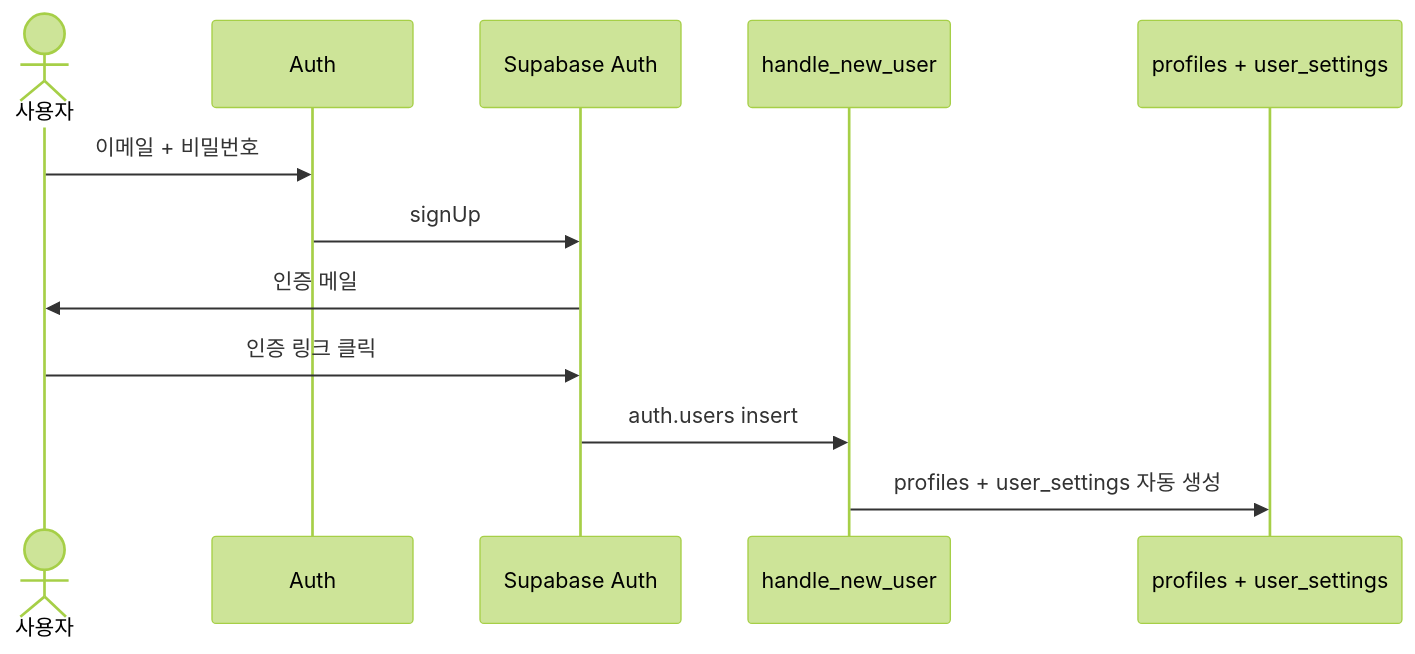
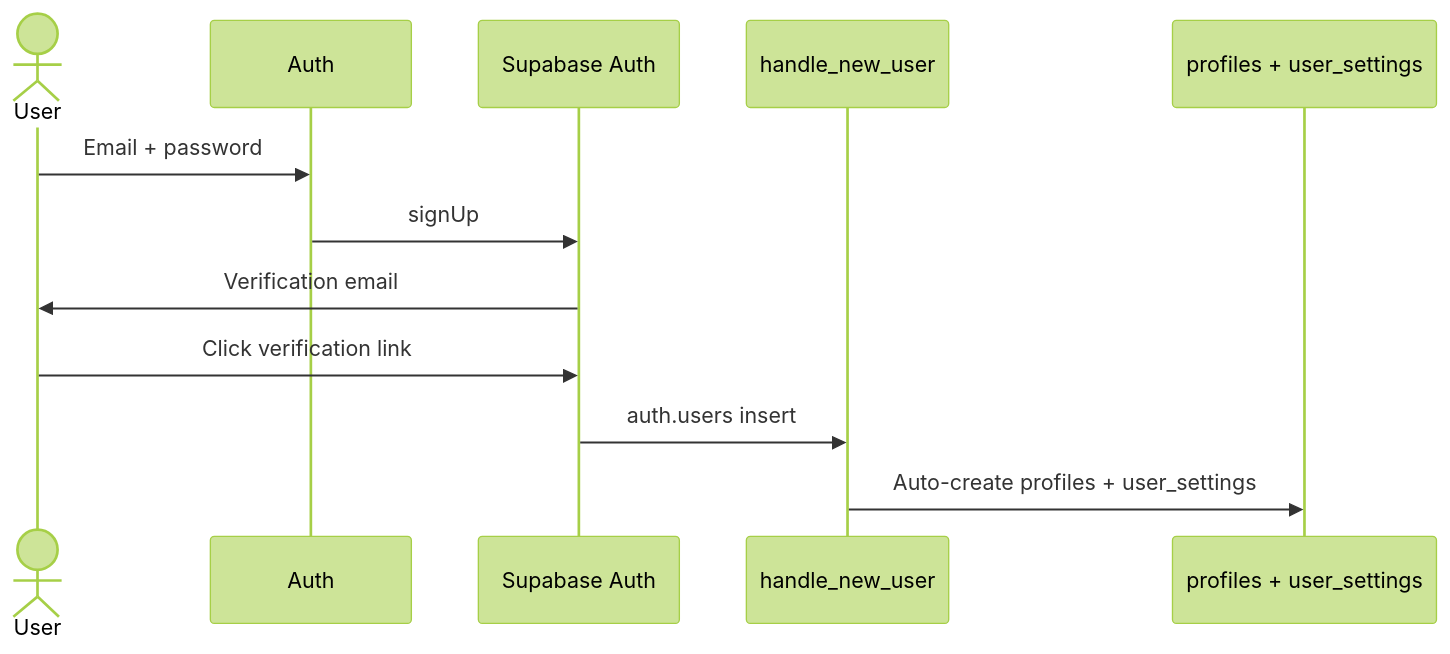
One commit to cm123kk/muse-test changed the third of 3 diagrams in docs/muse/04-data-bridge.md. Above: the diagram before and after it, drawn with Mermaid (forest theme). The commit also changed other lines of this file and 262 other files, not shown here.

````diff
--- a/docs/muse/04-data-bridge.md
+++ b/docs/muse/04-data-bridge.md
@@ -183,15 +183,15 @@
 ```mermaid
 sequenceDiagram
-  actor User as 사용자
+  actor User as User
   participant UI as Auth
   participant Auth as Supabase Auth
   participant Trigger as handle_new_user
   participant DB as profiles + user_settings
 
-  User->>UI: 이메일 + 비밀번호
+  User->>UI: Email + password
   UI->>Auth: signUp
-  Auth->>User: 인증 메일
-  User->>Auth: 인증 링크 클릭
+  Auth->>User: Verification email
+  User->>Auth: Click verification link
   Auth->>Trigger: auth.users insert
-  Trigger->>DB: profiles + user_settings 자동 생성
+  Trigger->>DB: Auto-create profiles + user_settings
 ```
````
